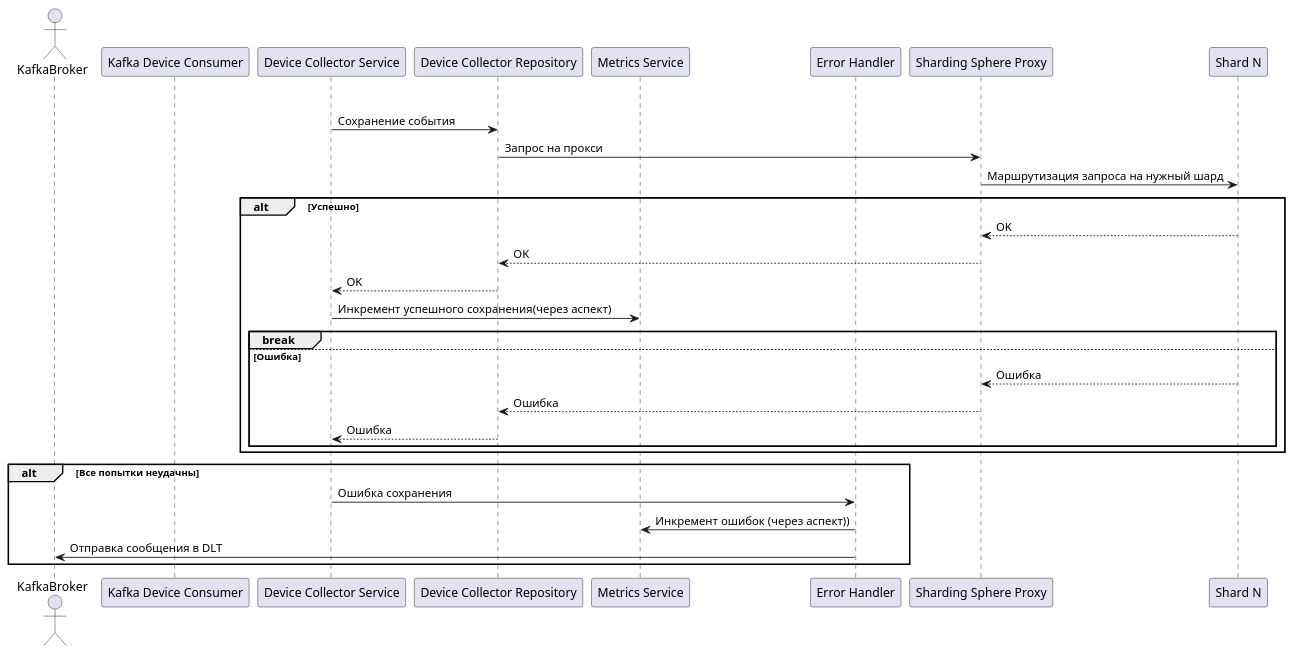
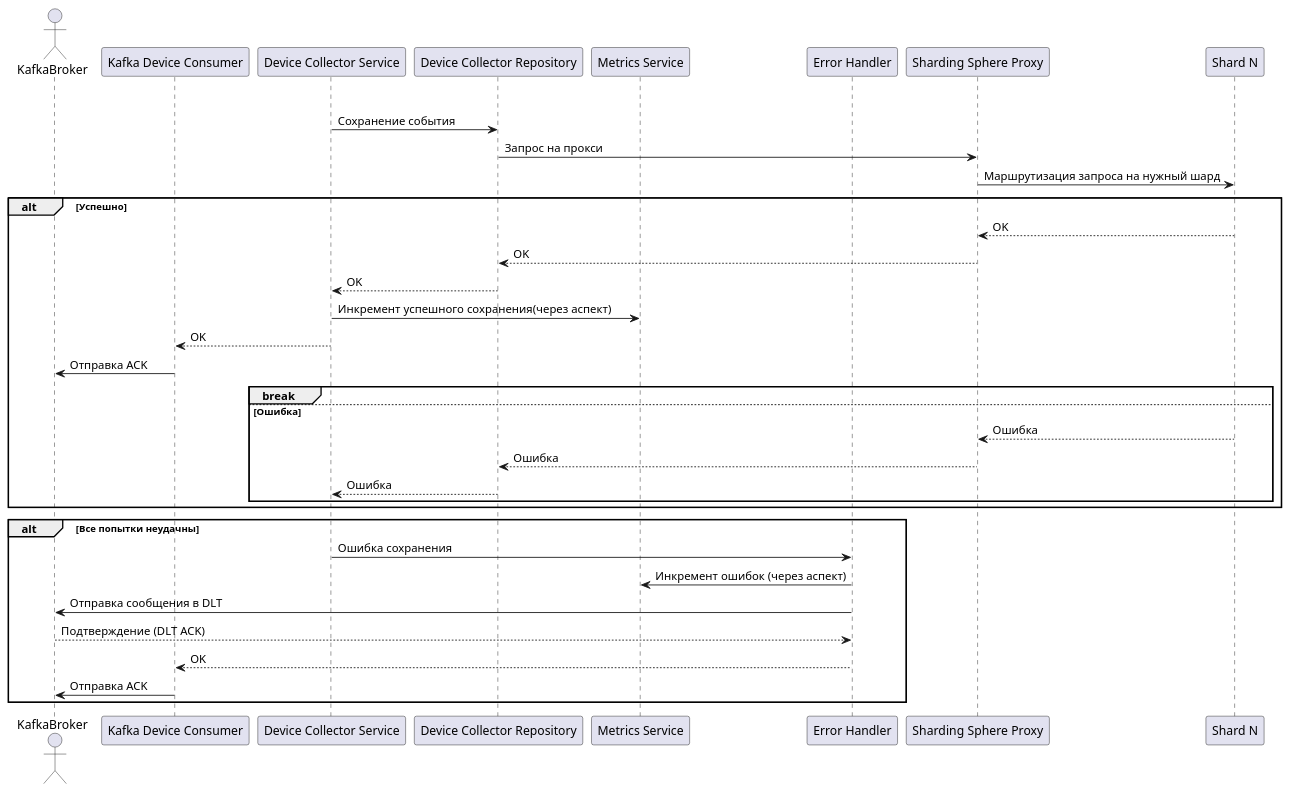
The diagram in diagrams/sequence.puml (SinglePlayer56/iot), drawn with PlantUML before and after one commit. The commit also changed 2 other files, not shown here.

Commit message:
Update diagrams.

```diff
--- a/diagrams/sequence.puml
+++ b/diagrams/sequence.puml
@@ -1,33 +1,38 @@
 @startuml
 actor KafkaBroker
 participant "Kafka Device Consumer" as KDC
 participant "Device Collector Service" as DCS
 participant "Device Collector Repository" as DCR
 participant "Metrics Service" as MS
 participant "Error Handler" as EH
 participant "Sharding Sphere Proxy" as SSP
 participant "Shard N" as S
 
 loop N попыток
     DCS -> DCR : Сохранение события
     DCR -> SSP: Запрос на прокси
     SSP -> S : Маршрутизация запроса на нужный шард
     alt Успешно
         S --> SSP : OK
         SSP --> DCR : OK
         DCR --> DCS : OK
         DCS -> MS : Инкремент успешного сохранения(через аспект)
+        DCS --> KDC : OK
+        KDC -> KafkaBroker : Отправка ACK
         break
     else Ошибка
         S --> SSP : Ошибка
         SSP --> DCR : Ошибка
         DCR --> DCS : Ошибка
     end
 end
 
 alt Все попытки неудачны
     DCS -> EH : Ошибка сохранения
-    EH -> MS : Инкремент ошибок (через аспект))
+    EH -> MS : Инкремент ошибок (через аспект)
     EH -> KafkaBroker : Отправка сообщения в DLT
+    KafkaBroker --> EH : Подтверждение (DLT ACK)
+    EH --> KDC : OK
+    KDC -> KafkaBroker : Отправка ACK
 end
 @enduml
```
